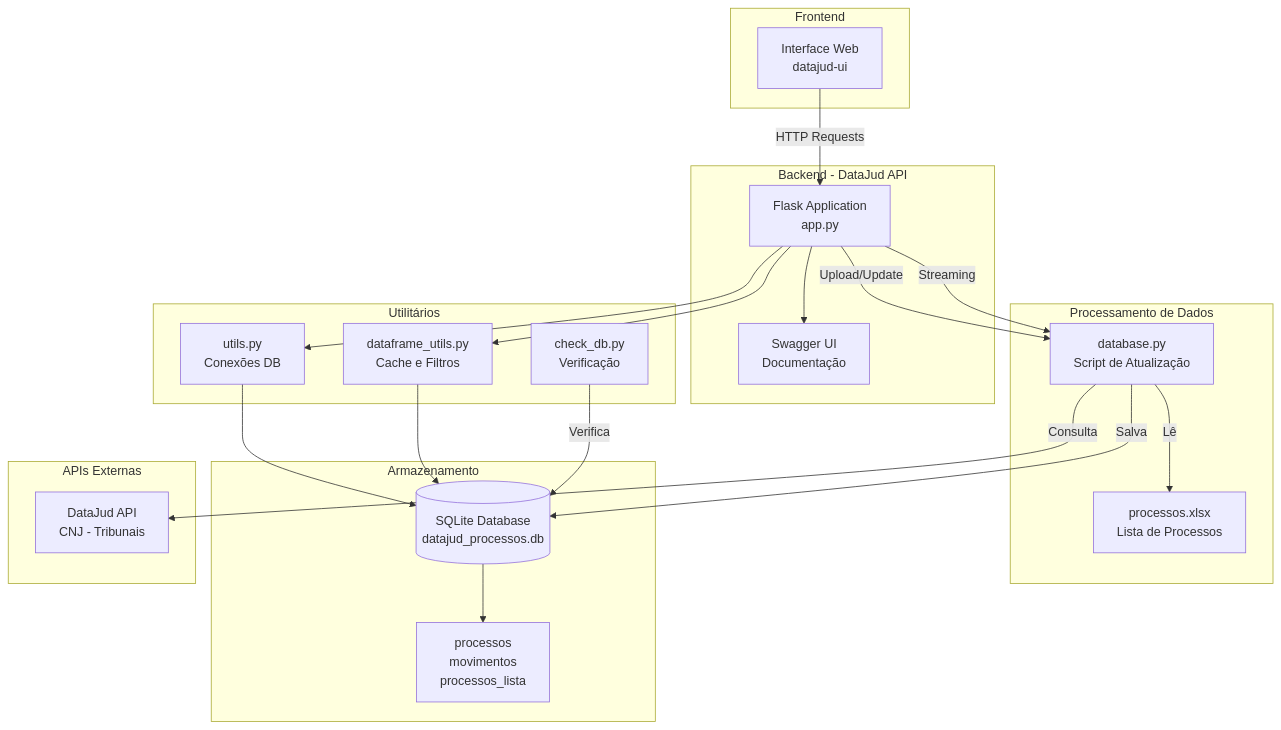
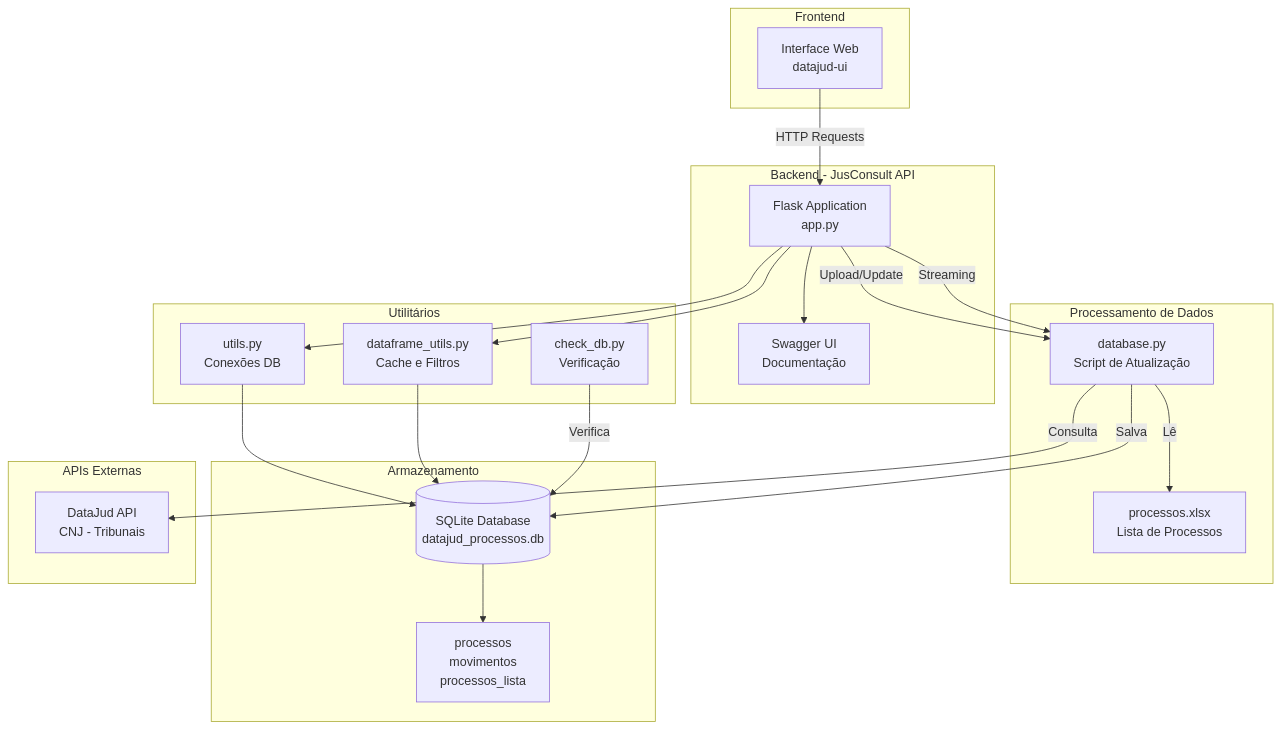
One commit to lauragross/jusconsult-api changed the diagram in README.md. Above: the diagram before and after it, drawn with Mermaid. The commit also changed other lines of this file, not shown here.

````diff
--- a/README.md
+++ b/README.md
@@ -16,48 +16,48 @@
 ```mermaid
 graph TB
     subgraph "Frontend"
         UI[Interface Web<br/>datajud-ui]
     end
     
-    subgraph "Backend - DataJud API"
+    subgraph "Backend - JusConsult API"
         API[Flask Application<br/>app.py]
         SWAGGER[Swagger UI<br/>Documentação]
     end
     
     subgraph "Processamento de Dados"
         DB_SCRIPT[database.py<br/>Script de Atualização]
         EXCEL[processos.xlsx<br/>Lista de Processos]
     end
     
     subgraph "Armazenamento"
         SQLITE[(SQLite Database<br/>datajud_processos.db)]
         TABLES[processos<br/>movimentos<br/>processos_lista]
     end
     
     subgraph "APIs Externas"
         DATAJUD[DataJud API<br/>CNJ - Tribunais]
     end
     
     subgraph "Utilitários"
         UTILS[utils.py<br/>Conexões DB]
         DF_UTILS[dataframe_utils.py<br/>Cache e Filtros]
         CHECK[check_db.py<br/>Verificação]
     end
     
     UI -->|HTTP Requests| API
     API --> SWAGGER
     API --> UTILS
     API --> DF_UTILS
     UTILS --> SQLITE
     DF_UTILS --> SQLITE
     SQLITE --> TABLES
     
     DB_SCRIPT -->|Lê| EXCEL
     DB_SCRIPT -->|Consulta| DATAJUD
     DB_SCRIPT -->|Salva| SQLITE
     
     CHECK -->|Verifica| SQLITE
     
     API -->|Upload/Update| DB_SCRIPT
     API -->|Streaming| DB_SCRIPT
 ```
````
